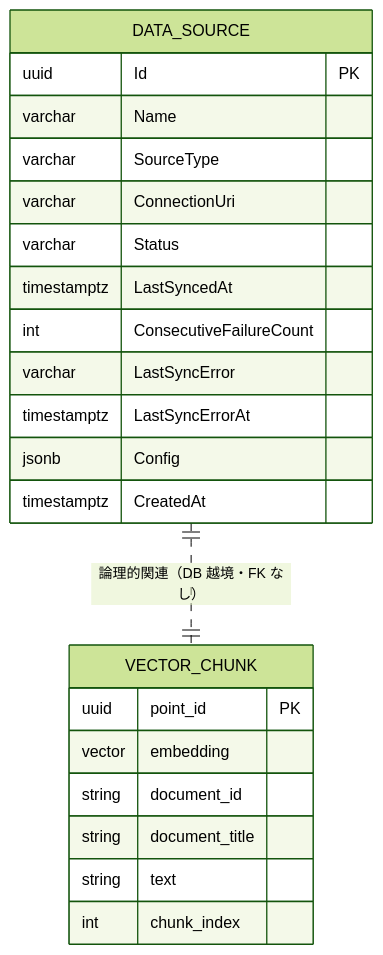
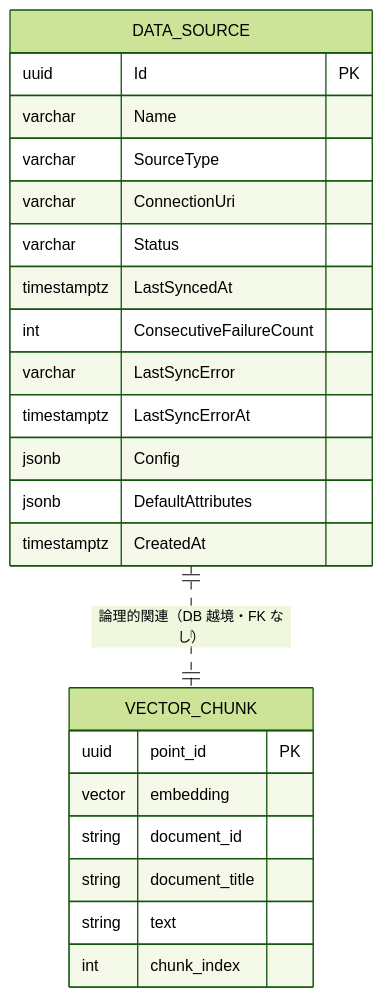
Before and after one commit to endazon/microservices-platform: the diagram in docs/data/data-source.md, drawn with Mermaid (forest theme). The commit also changed other lines of this file and 15 other files, not shown here.

````diff
--- a/docs/data/data-source.md
+++ b/docs/data/data-source.md
@@ -80,25 +126,26 @@
 ```mermaid
 erDiagram
     DATA_SOURCE {
         uuid Id PK
         varchar Name
         varchar SourceType
         varchar ConnectionUri
         varchar Status
         timestamptz LastSyncedAt
         int ConsecutiveFailureCount
         varchar LastSyncError
         timestamptz LastSyncErrorAt
         jsonb Config
+        jsonb DefaultAttributes
         timestamptz CreatedAt
     }
     VECTOR_CHUNK {
         uuid point_id PK
         vector embedding
         string document_id
         string document_title
         string text
         int chunk_index
     }
     DATA_SOURCE ||..|| VECTOR_CHUNK : "論理的関連（DB 越境・FK なし）"
 ```
````
